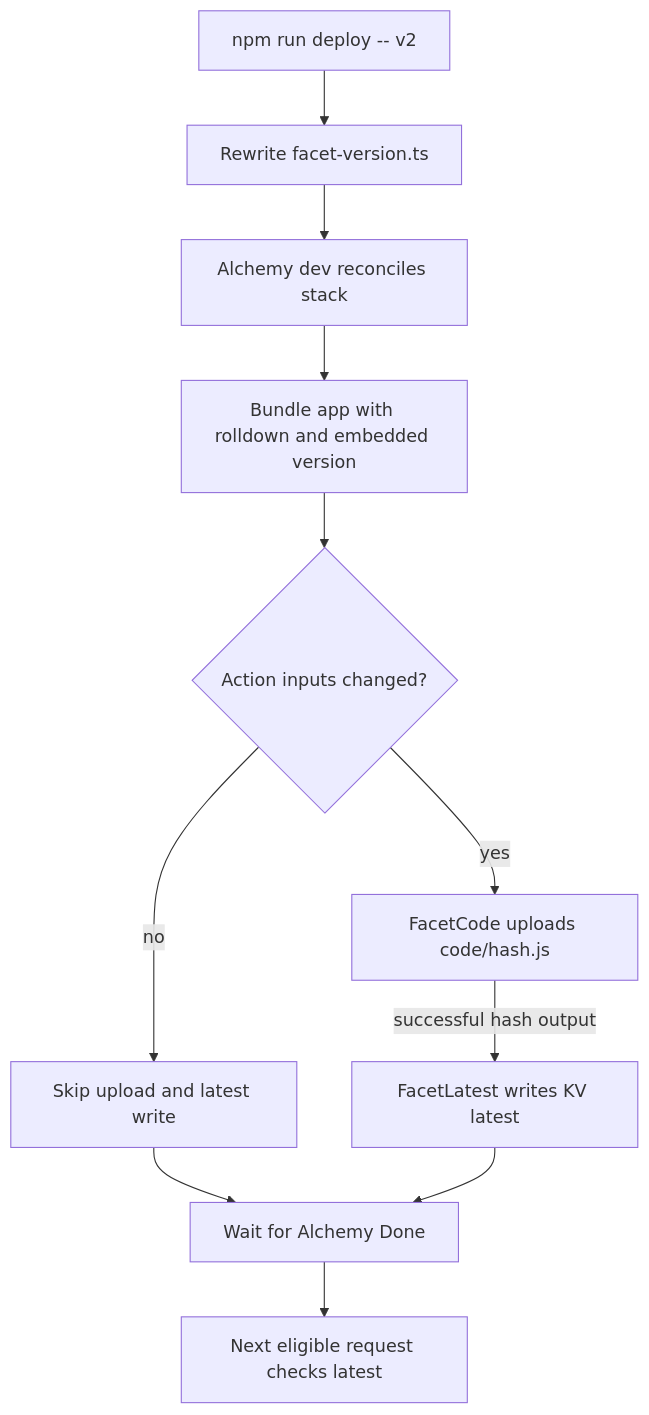
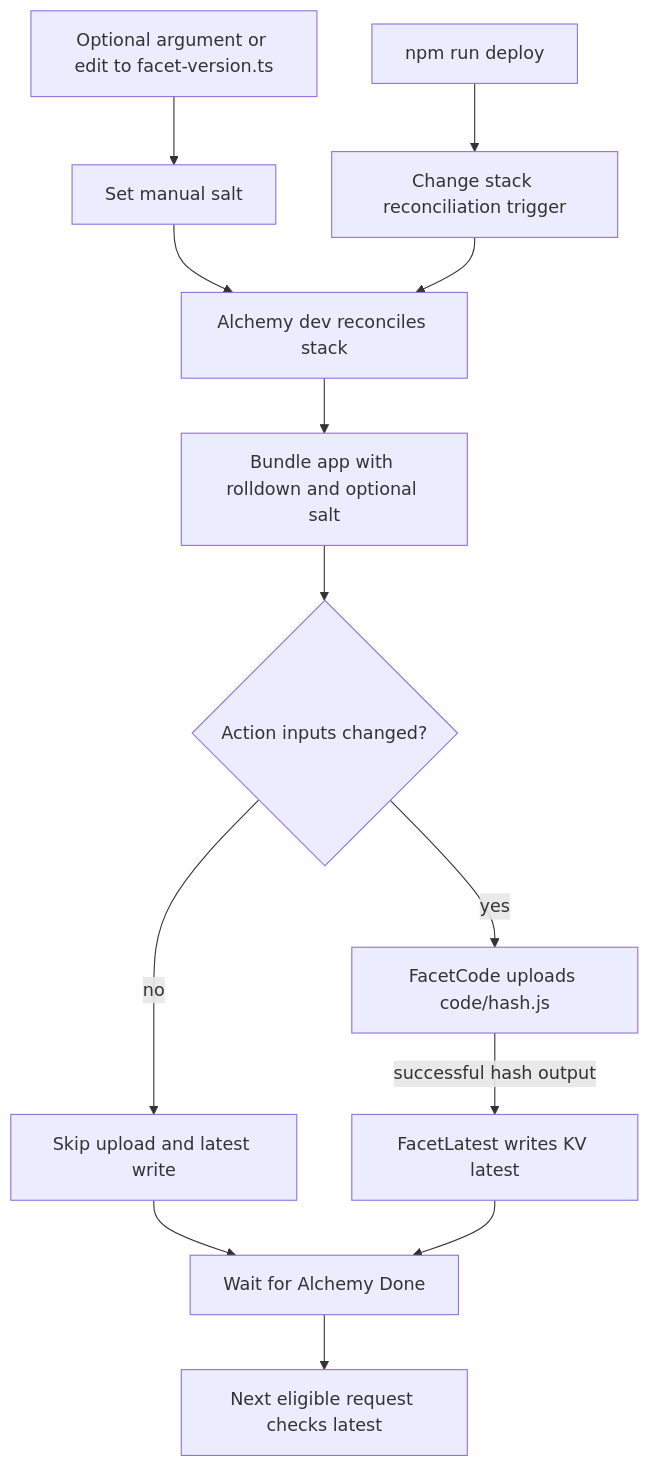
Before and after one commit to boarush/facet-swap: the second of 4 diagrams in README.md, drawn with Mermaid. The commit also changed other lines of this file, not shown here.

Commit message:
Document content-driven deployments and optional manual salt

````diff
--- a/README.md
+++ b/README.md
@@ -77,13 +77,15 @@
 ```mermaid
 flowchart TD
-  CLI["npm run deploy -- v2"] --> INPUT[Rewrite facet-version.ts]
-  INPUT --> EVAL[Alchemy dev reconciles stack]
-  EVAL --> BUNDLE[Bundle app with rolldown and embedded version]
+  CLI["npm run deploy"] --> TRIGGER[Change stack reconciliation trigger]
+  SALT["Optional argument or edit to facet-version.ts"] --> LABEL[Set manual salt]
+  LABEL --> EVAL[Alchemy dev reconciles stack]
+  TRIGGER --> EVAL
+  EVAL --> BUNDLE[Bundle app with rolldown and optional salt]
   BUNDLE --> DIFF{Action inputs changed?}
   DIFF -->|no| NOOP[Skip upload and latest write]
   DIFF -->|yes| UPLOAD[FacetCode uploads code/hash.js]
   UPLOAD -->|successful hash output| LATEST[FacetLatest writes KV latest]
   NOOP --> DONE[Wait for Alchemy Done]
   LATEST --> DONE
   DONE --> REQUEST[Next eligible request checks latest]
 ```
````
